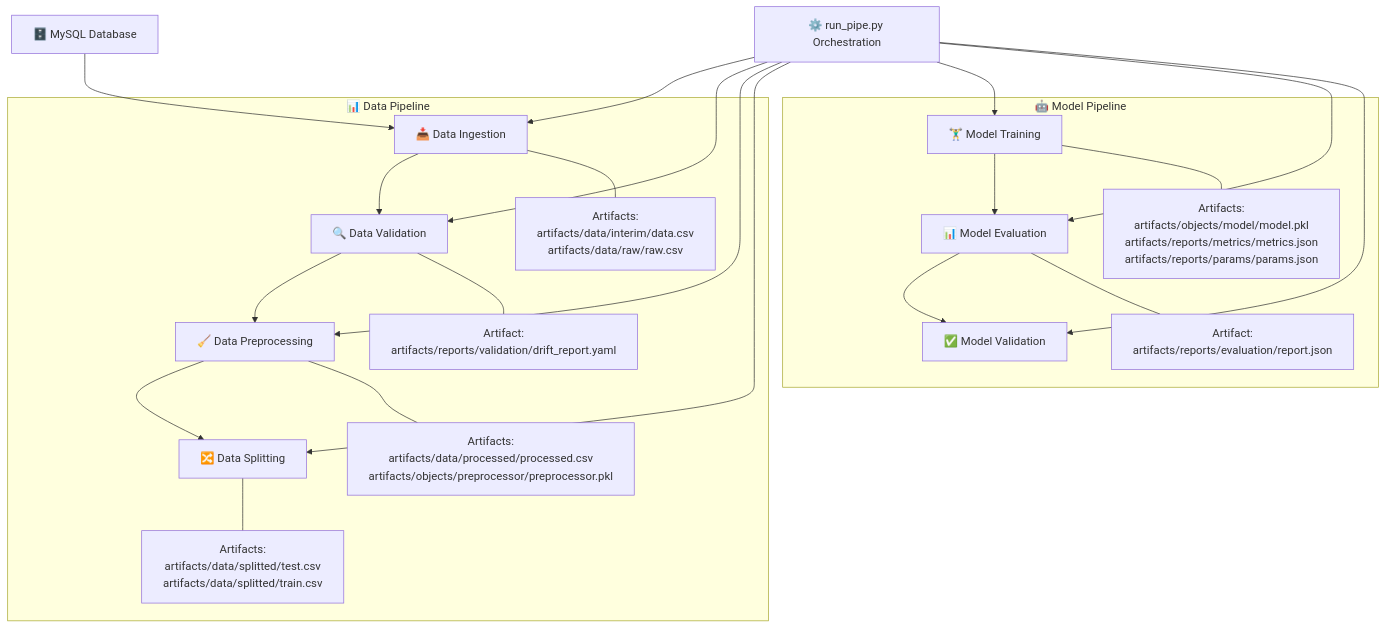
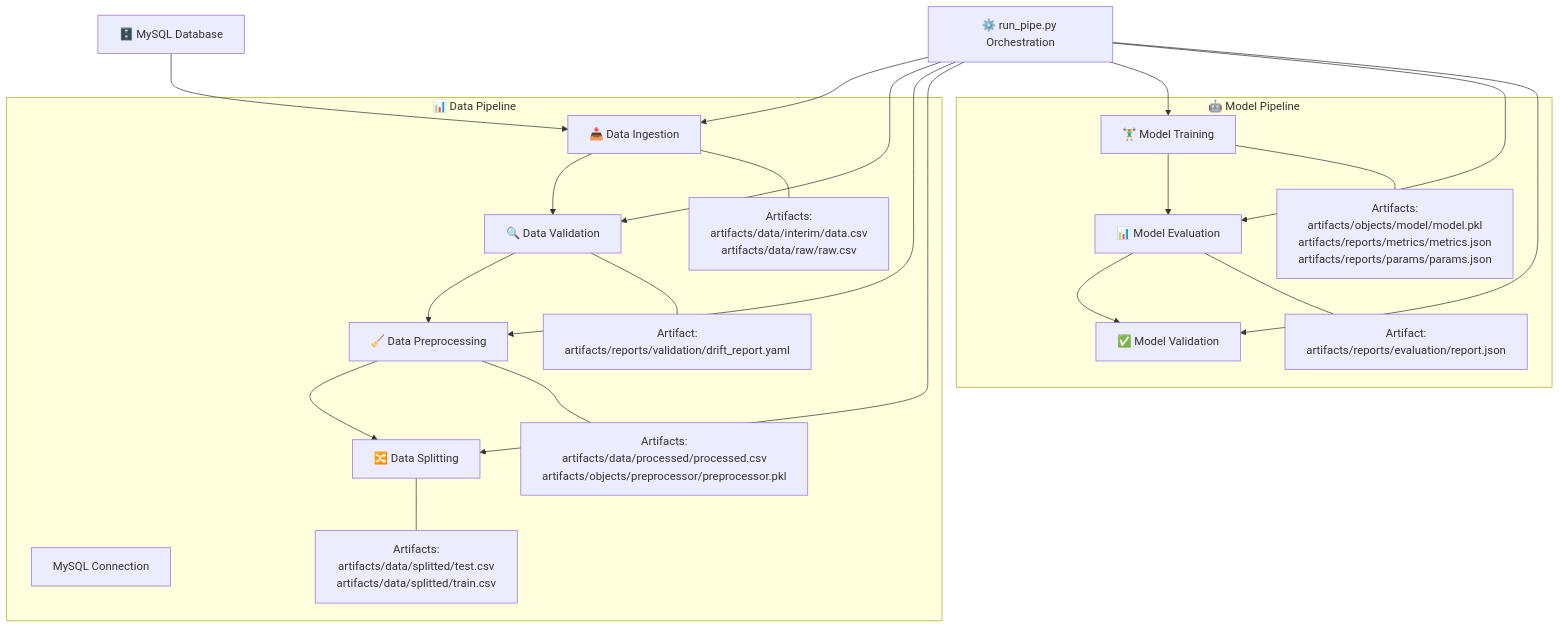
Before and after one commit to mateen-mk/Hotel-Booking-Cancellation: the diagram in README.md, drawn with Mermaid.

Commit message:
README.md updated

````diff
--- a/README.md
+++ b/README.md
@@ -157,61 +157,63 @@
 ```mermaid
 flowchart TD
     %% Input Node for Data Ingestion
     DB["🗄️ MySQL Database"]
 
     %% Data Pipeline Subgraph
     subgraph "📊 Data Pipeline"
-      A1["📥 Data Ingestion"]
-      A2["🔍 Data Validation"]
-      A3["🧹 Data Preprocessing"]
-      A4["🔀 Data Splitting"]
+      %% MySQL Connnection Script
+      MC["MySQL Connection"]
+      DI["📥 Data Ingestion"]
+      DV["🔍 Data Validation"]
+      DP["🧹 Data Preprocessing"]
+      DS["🔀 Data Splitting"]
       
       %% Artifacts for Data Pipeline
-      A1a["Artifacts:<br>artifacts/data/interim/data.csv<br>artifacts/data/raw/raw.csv"]
-      A2a["Artifact:<br>artifacts/reports/validation/drift_report.yaml"]
-      A3a["Artifacts:<br>artifacts/data/processed/processed.csv<br>artifacts/objects/preprocessor/preprocessor.pkl"]
-      A4a["Artifacts:<br>artifacts/data/splitted/test.csv<br>artifacts/data/splitted/train.csv"]
+      DIa["Artifacts:<br>artifacts/data/interim/data.csv<br>artifacts/data/raw/raw.csv"]
+      DVa["Artifact:<br>artifacts/reports/validation/drift_report.yaml"]
+      DPa["Artifacts:<br>artifacts/data/processed/processed.csv<br>artifacts/objects/preprocessor/preprocessor.pkl"]
+      DSa["Artifacts:<br>artifacts/data/splitted/test.csv<br>artifacts/data/splitted/train.csv"]
       
-      A1 --> A2
-      A2 --> A3
-      A3 --> A4
+      DI --> DV
+      DV --> DP
+      DP --> DS
       
-      A1 --- A1a
-      A2 --- A2a
-      A3 --- A3a
-      A4 --- A4a
+      DI --- DIa
+      DV --- DVa
+      DP --- DPa
+      DS --- DSa
     end
 
     %% Model Pipeline Subgraph
     subgraph "🤖 Model Pipeline"
-      B1["🏋️‍♂️ Model Training"]
-      B2["📊 Model Evaluation"]
-      B3["✅ Model Validation"]
+      MT["🏋️‍♂️ Model Training"]
+      ME["📊 Model Evaluation"]
+      MV["✅ Model Validation"]
       
       %% Artifacts for Model Pipeline
-      B1a["Artifacts:<br>artifacts/objects/model/model.pkl<br>artifacts/reports/metrics/metrics.json<br>artifacts/reports/params/params.json"]
-      B2a["Artifact:<br>artifacts/reports/evaluation/report.json"]
+      MTa["Artifacts:<br>artifacts/objects/model/model.pkl<br>artifacts/reports/metrics/metrics.json<br>artifacts/reports/params/params.json"]
+      MEa["Artifact:<br>artifacts/reports/evaluation/report.json"]
       
-      B1 --> B2
-      B2 --> B3
+      MT --> ME
+      ME --> MV
       
-      B1 --- B1a
-      B2 --- B2a
+      MT --- MTa
+      ME --- MEa
     end
 
     %% Orchestration Node
     C["⚙️ run_pipe.py Orchestration"]
 
     %% Connect Input to Data Pipeline
-    DB --> A1
+    DB --> DI
 
     %% Connect orchestration to pipelines
-    C --> A1
-    C --> A2
-    C --> A3
-    C --> A4
-    C --> B1
-    C --> B2
-    C --> B3
+    C --> DI
+    C --> DV
+    C --> DP
+    C --> DS
+    C --> MT
+    C --> ME
+    C --> MV
 
 ```
````
